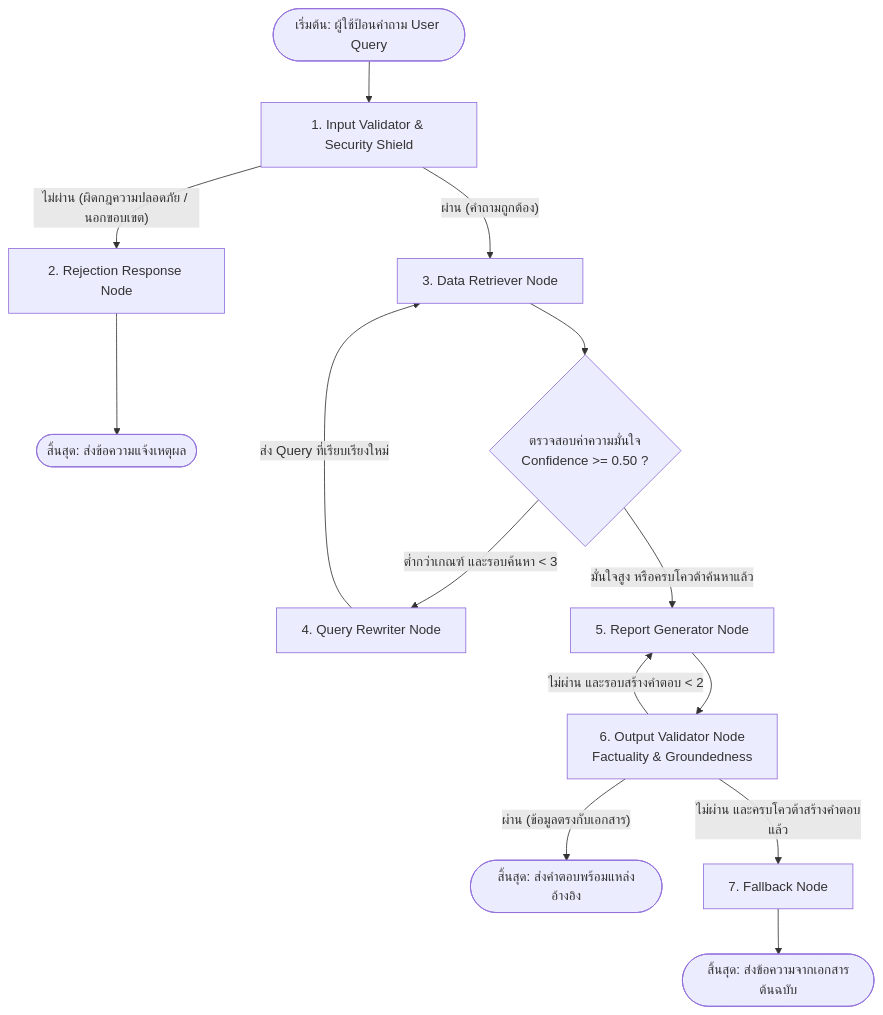
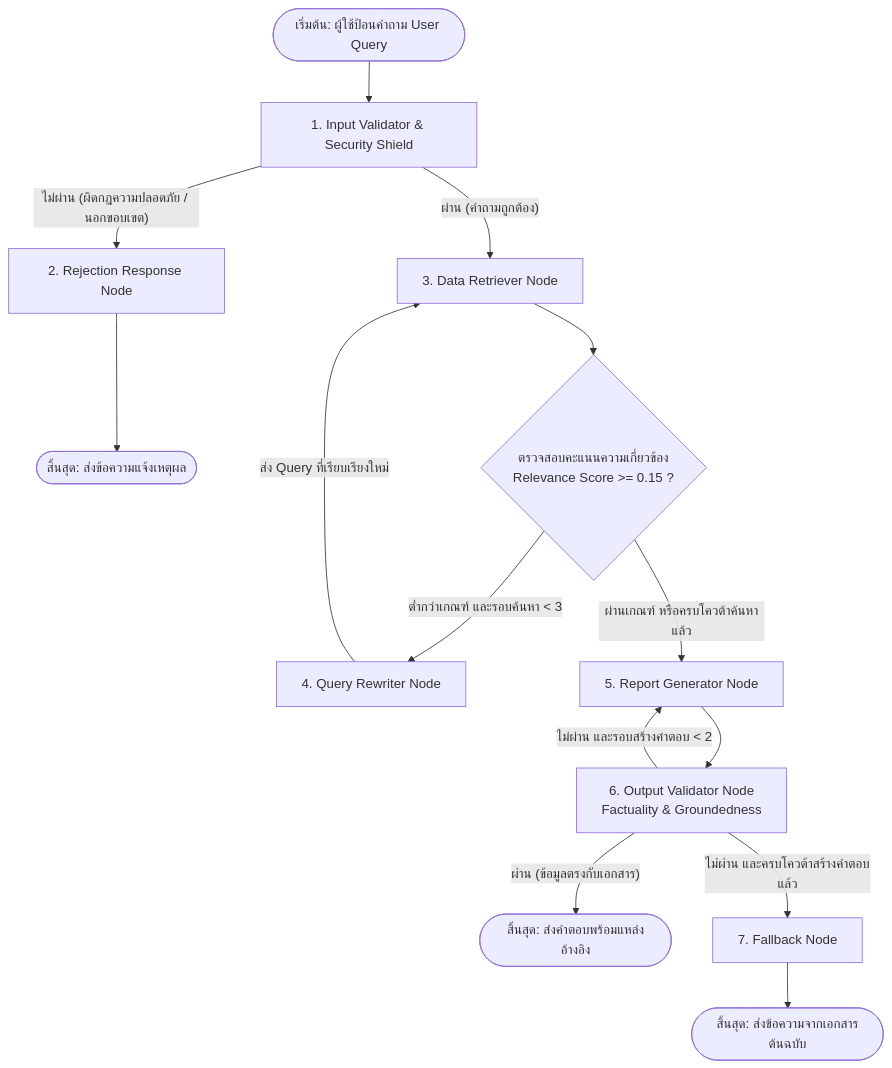
The first of 2 diagrams in explain_sys.md (Name-RT/AI_engineer_Test_BBL), drawn with Mermaid before and after one commit. The commit also changed other lines of this file and 5 other files, not shown here.

Commit message:
feat(reranker): add Level 1 min_chunk_score filter and set relevance_threshold to 0.15

````diff
--- a/explain_sys.md
+++ b/explain_sys.md
@@ -32,25 +32,25 @@
 ```mermaid
 graph TD
     START([เริ่มต้น: ผู้ใช้ป้อนคำถาม User Query]) --> IV[1. Input Validator & Security Shield]
     
     IV --> |"ไม่ผ่าน (ผิดกฎความปลอดภัย / นอกขอบเขต)"| RR[2. Rejection Response Node]
     RR --> END_REJECT([สิ้นสุด: ส่งข้อความแจ้งเหตุผล])
     
     IV --> |"ผ่าน (คำถามถูกต้อง)"| RET[3. Data Retriever Node]
     
-    RET --> RC{ตรวจสอบค่าความมั่นใจ<br/>Confidence >= 0.50 ?}
+    RET --> RC{ตรวจสอบคะแนนความเกี่ยวข้อง<br/>Relevance Score >= 0.15 ?}
     
     RC --> |"ต่ำกว่าเกณฑ์ และรอบค้นหา < 3"| QR[4. Query Rewriter Node]
     QR --> |"ส่ง Query ที่เรียบเรียงใหม่"| RET
     
-    RC --> |"มั่นใจสูง หรือครบโควต้าค้นหาแล้ว"| GEN[5. Report Generator Node]
+    RC --> |"ผ่านเกณฑ์ หรือครบโควต้าค้นหาแล้ว"| GEN[5. Report Generator Node]
     
     GEN --> OV[6. Output Validator Node<br/>Factuality & Groundedness]
     
     OV --> |"ผ่าน (ข้อมูลตรงกับเอกสาร)"| END_SUCCESS([สิ้นสุด: ส่งคำตอบพร้อมแหล่งอ้างอิง])
     
     OV --> |"ไม่ผ่าน และรอบสร้างคำตอบ < 2"| GEN
     
     OV --> |"ไม่ผ่าน และครบโควต้าสร้างคำตอบแล้ว"| FB[7. Fallback Node]
     FB --> END_FALLBACK([สิ้นสุด: ส่งข้อความจากเอกสารต้นฉบับ])
 ```
````
